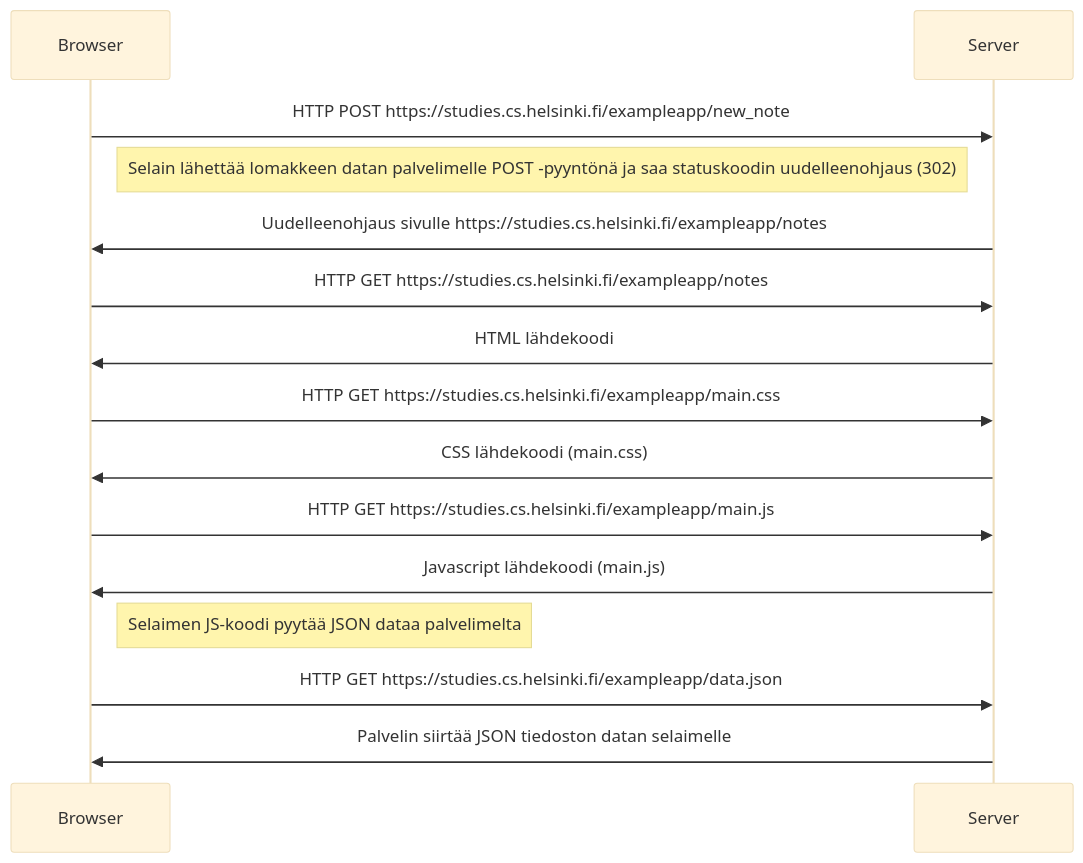
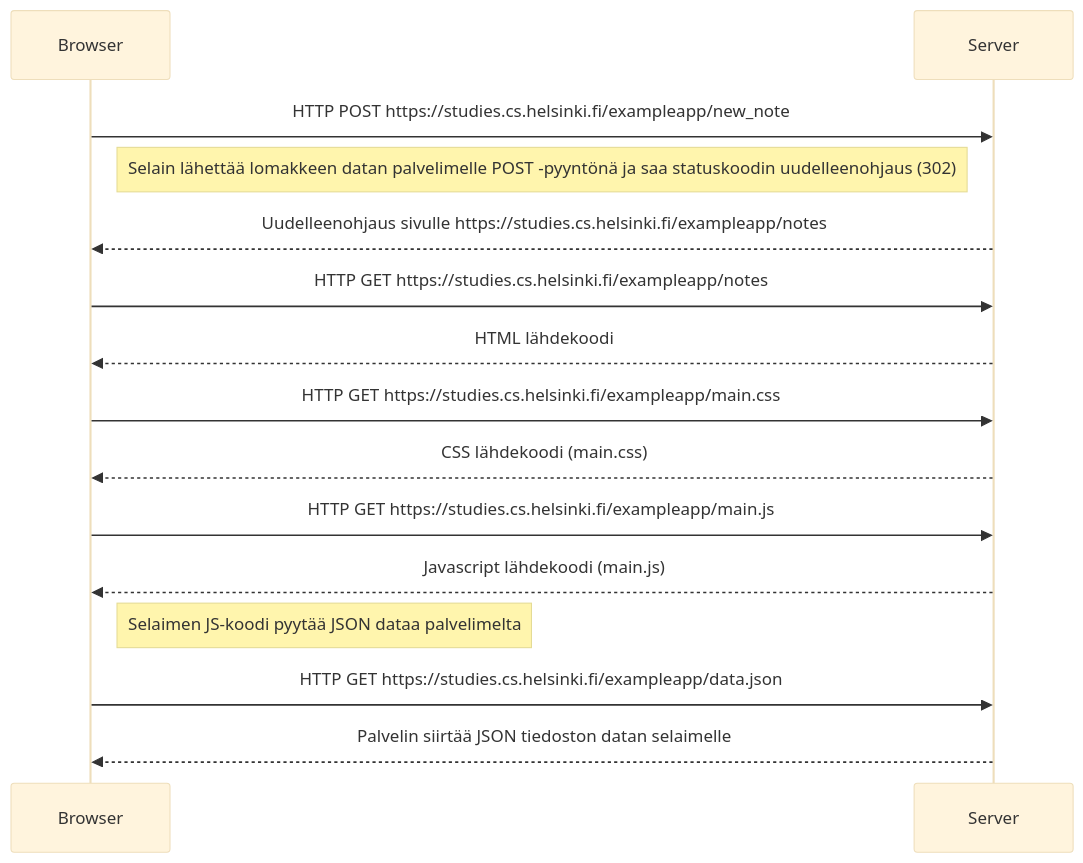
Before and after one commit to saaskilahtij/fullstackopen: the diagram in osa0/tehtava0.4.md, drawn with Mermaid (base theme).

````diff
--- a/osa0/tehtava0.4.md
+++ b/osa0/tehtava0.4.md
@@ -1,18 +1,18 @@
 ```mermaid
 
 sequenceDiagram
 
   Browser ->> Server: HTTP POST https://studies.cs.helsinki.fi/exampleapp/new_note
   Note right of Browser: Selain lähettää lomakkeen datan palvelimelle POST -pyyntönä ja saa statuskoodin uudelleenohjaus (302)
-  Server ->> Browser: Uudelleenohjaus sivulle https://studies.cs.helsinki.fi/exampleapp/notes
+  Server -->> Browser: Uudelleenohjaus sivulle https://studies.cs.helsinki.fi/exampleapp/notes
   Browser ->> Server: HTTP GET https://studies.cs.helsinki.fi/exampleapp/notes
-  Server ->> Browser: HTML lähdekoodi
+  Server -->> Browser: HTML lähdekoodi
   Browser ->> Server: HTTP GET https://studies.cs.helsinki.fi/exampleapp/main.css
-  Server ->> Browser: CSS lähdekoodi (main.css)
+  Server -->> Browser: CSS lähdekoodi (main.css)
   Browser ->> Server: HTTP GET https://studies.cs.helsinki.fi/exampleapp/main.js
-  Server ->> Browser: Javascript lähdekoodi (main.js)
+  Server -->> Browser: Javascript lähdekoodi (main.js)
   Note right of Browser: Selaimen JS-koodi pyytää JSON dataa palvelimelta
   Browser ->> Server: HTTP GET https://studies.cs.helsinki.fi/exampleapp/data.json
-  Server ->> Browser: Palvelin siirtää JSON tiedoston datan selaimelle
+  Server -->> Browser: Palvelin siirtää JSON tiedoston datan selaimelle
   
 ```
````
